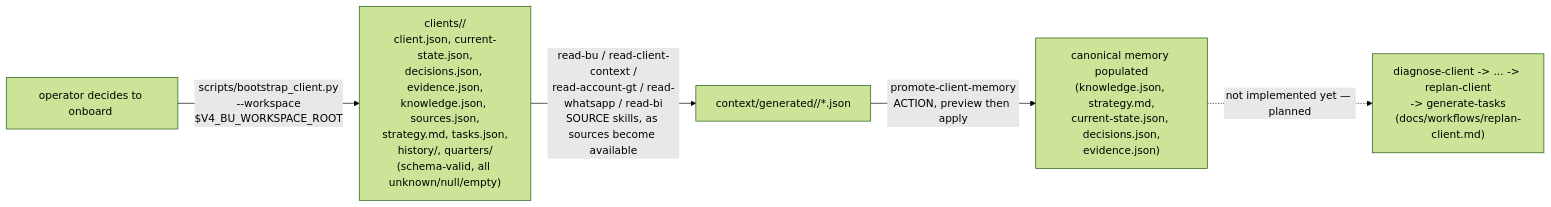
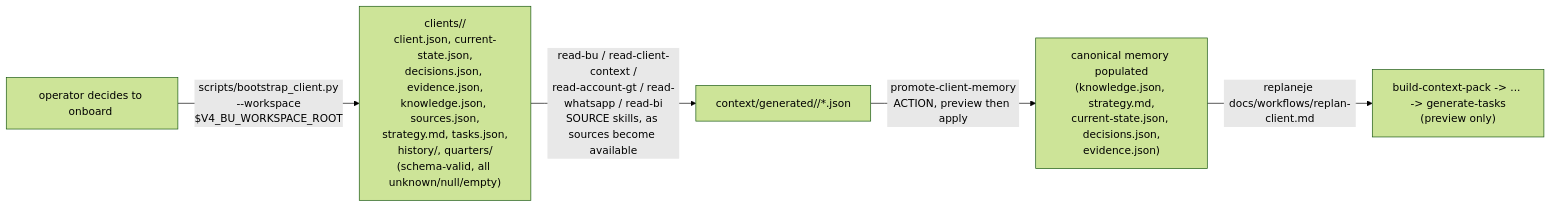
Before and after one commit to kauafernandes-v4companyUB/v4-bu-autopilot: the diagram in docs/workflows/client-onboarding.md, drawn with Mermaid (forest theme). The commit also changed other lines of this file and 3 other files, not shown here.

````diff
--- a/docs/workflows/client-onboarding.md
+++ b/docs/workflows/client-onboarding.md
@@ -8,7 +7,7 @@
 ```mermaid
 flowchart LR
     A["operator decides to onboard <id>"] -->|scripts/bootstrap_client.py\n<id> --workspace $V4_BU_WORKSPACE_ROOT| B["clients/<id>/\nclient.json, current-state.json,\ndecisions.json, evidence.json,\nknowledge.json, sources.json,\nstrategy.md, tasks.json,\nhistory/, quarters/\n(schema-valid, all unknown/null/empty)"]
     B -->|read-bu / read-client-context /\nread-account-gt / read-whatsapp / read-bi\nSOURCE skills, as sources become available| C["context/generated/<id>/*.json"]
     C -->|promote-client-memory\nACTION, preview then apply| D["canonical memory populated\n(knowledge.json, strategy.md,\ncurrent-state.json, decisions.json,\nevidence.json)"]
-    D -.->|not implemented yet — planned| E["diagnose-client -> ... -> replan-client\n-> generate-tasks\n(docs/workflows/replan-client.md)"]
+    D -->|"replaneje <id>"\ndocs/workflows/replan-client.md| E["build-context-pack -> ... -> generate-tasks\n(preview only)"]
 ```
````
